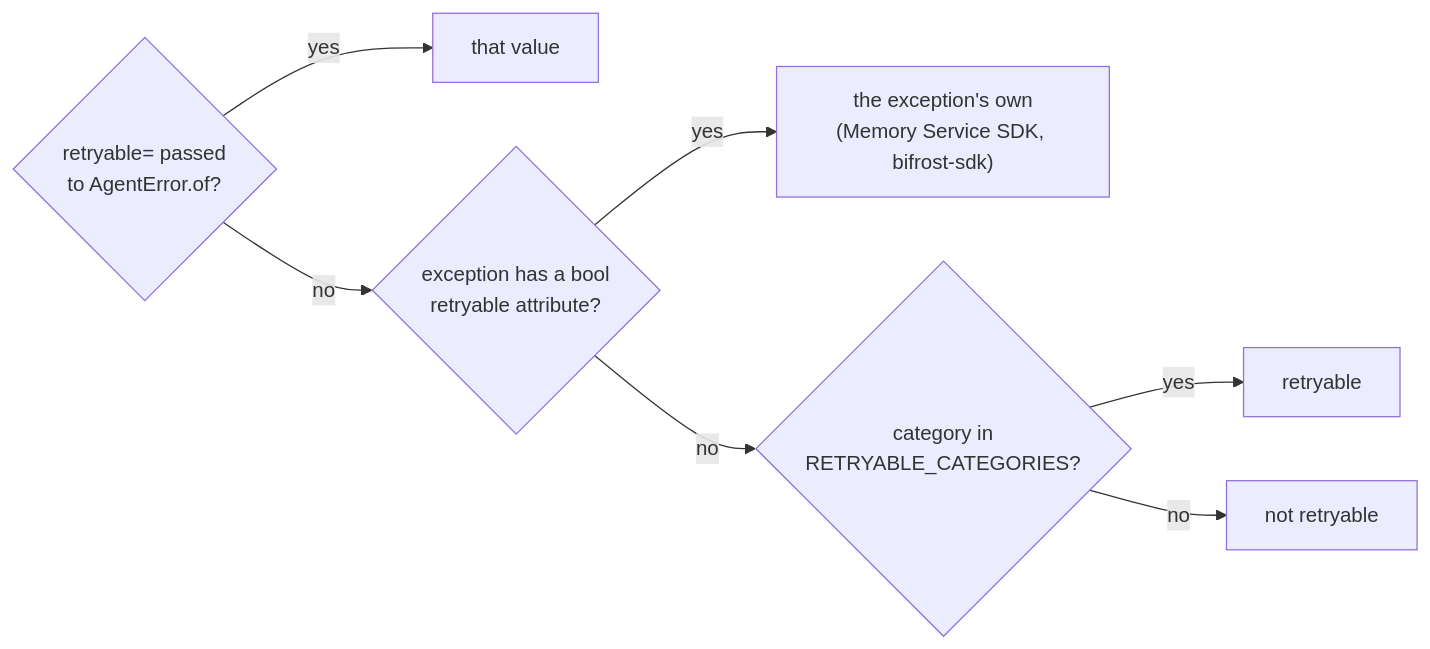
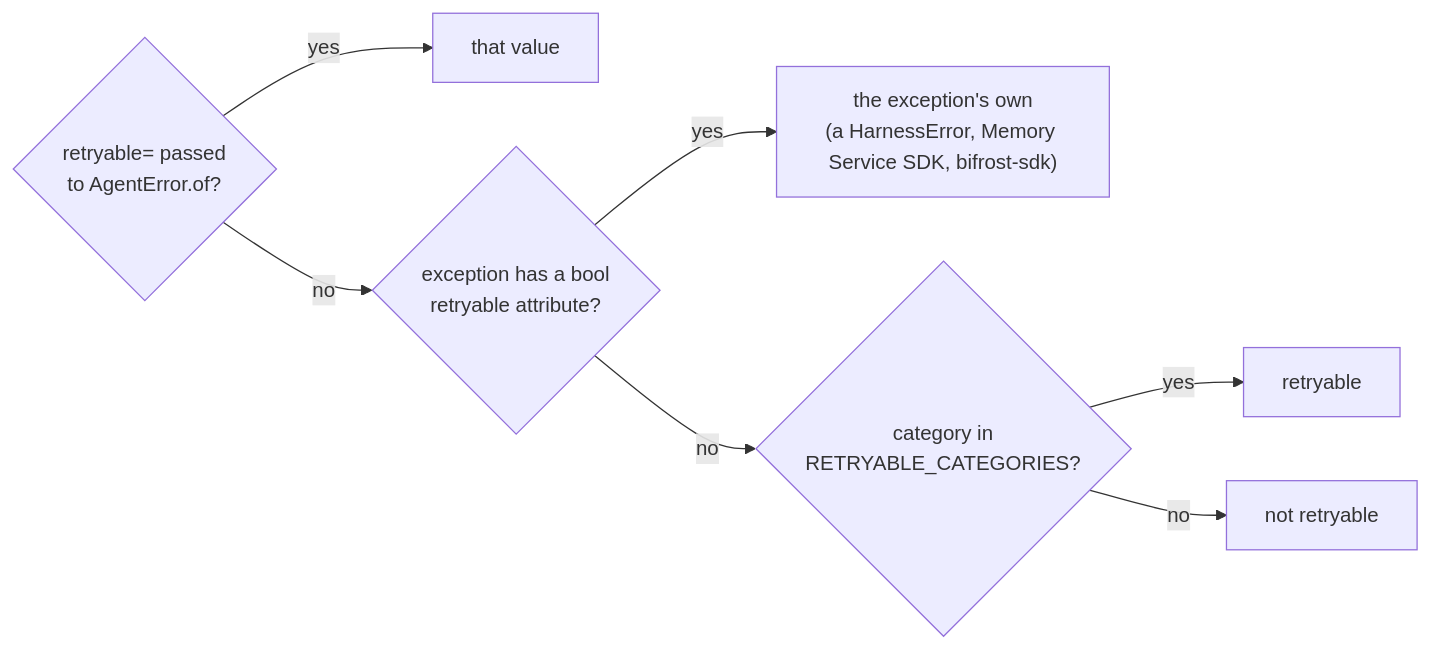
Before and after one commit to amitmohapatra/agent-contracts: diagram 12 of 12 in docs/ARCHITECTURE.md, drawn with Mermaid. The commit also changed other lines of this file and 4 other files, not shown here.

First line of the commit message:
AgentError.of honours category= and retryable= for a HarnessError and never fails on the source

````diff
--- a/docs/ARCHITECTURE.md
+++ b/docs/ARCHITECTURE.md
@@ -595,9 +595,9 @@
 ```mermaid
 flowchart LR
   A{"retryable= passed<br/>to AgentError.of?"} -- yes --> USE[that value]
   A -- no --> O{"exception has a bool<br/>retryable attribute?"}
-  O -- yes --> OWN["the exception's own<br/>(Memory Service SDK, bifrost-sdk)"]
+  O -- yes --> OWN["the exception's own<br/>(a HarnessError, Memory Service SDK, bifrost-sdk)"]
   O -- no --> CAT{"category in<br/>RETRYABLE_CATEGORIES?"}
   CAT -- yes --> YES[retryable]
   CAT -- no --> NO[not retryable]
 ```
````
